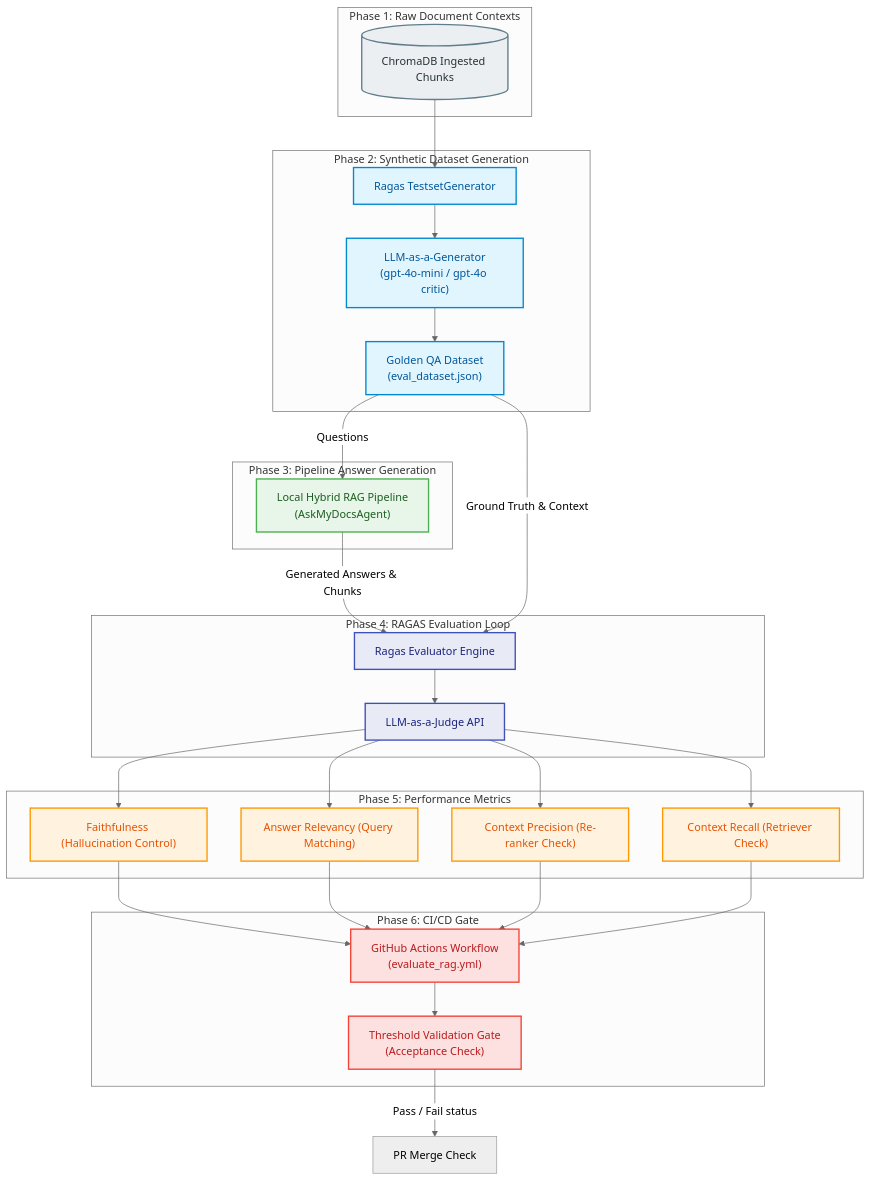
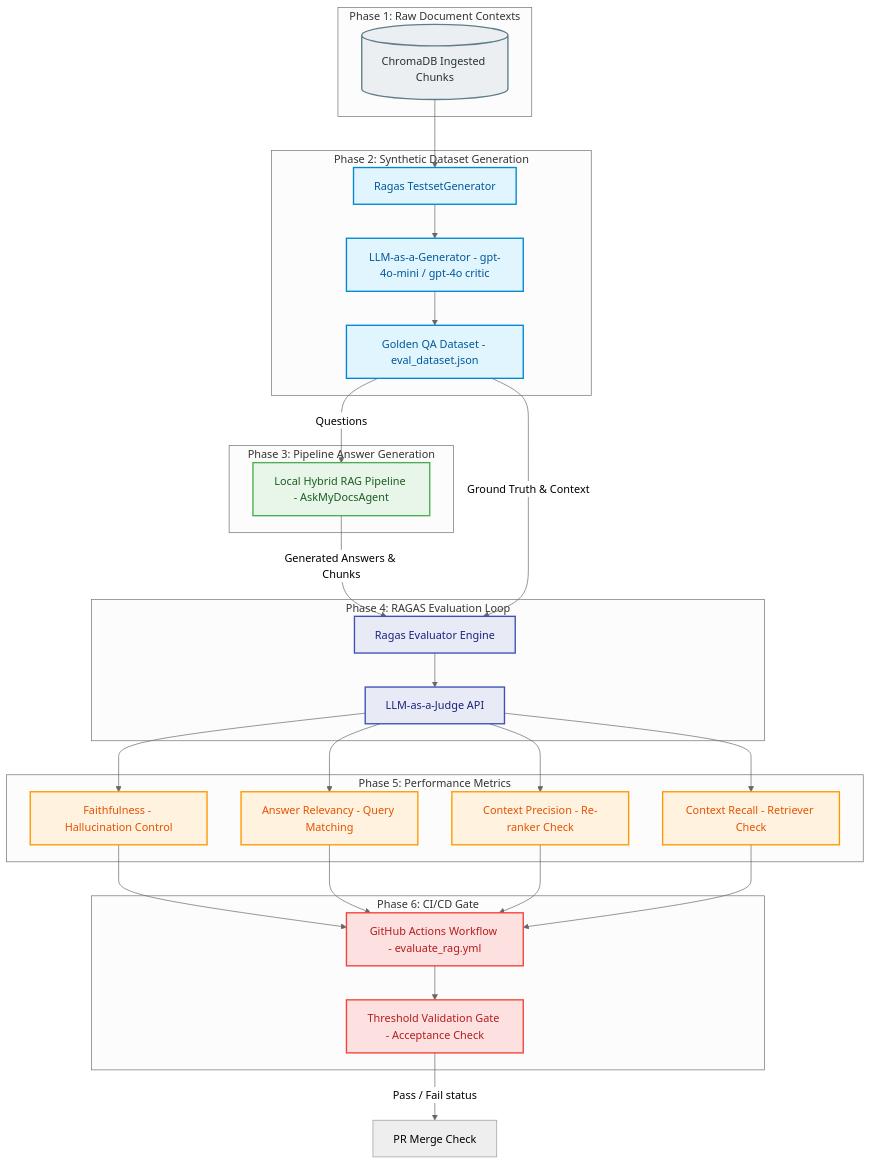
Before and after one commit to Haus-Nous/Enterprise_RAG_Architecture: the second of 2 diagrams in README.md, drawn with Mermaid (neutral theme). The commit also changed other lines of this file, not shown here.

Commit message:
fix(docs): resolve Mermaid parsing error on GitHub by removing parentheses in labels

````diff
--- a/README.md
+++ b/README.md
@@ -183,64 +183,64 @@
 ```mermaid
 graph TD
     %% Styling Definitions
     classDef docs fill:#ECEFF1,stroke:#607D8B,stroke-width:2px,color:#263238;
     classDef synth fill:#E1F5FE,stroke:#0288D1,stroke-width:2px,color:#01579B;
     classDef eval fill:#E8EAF6,stroke:#3F51B5,stroke-width:2px,color:#1A237E;
     classDef metrics fill:#FFF3E0,stroke:#FF9800,stroke-width:2px,color:#E65100;
     classDef ci fill:#FDE0E0,stroke:#F44336,stroke-width:2px,color:#B71C1C;
     classDef pipeline fill:#E8F5E9,stroke:#4CAF50,stroke-width:2px,color:#1B5E20;
 
     subgraph "Phase 1: Raw Document Contexts"
         VDB[("ChromaDB Ingested Chunks")]:::docs
     end
 
     subgraph "Phase 2: Synthetic Dataset Generation"
         RagasGen["Ragas TestsetGenerator"]:::synth
-        LLMGen["LLM-as-a-Generator<br>(gpt-4o-mini / gpt-4o critic)"]:::synth
-        GoldenSet["Golden QA Dataset<br>(eval_dataset.json)"]:::synth
+        LLMGen["LLM-as-a-Generator - gpt-4o-mini / gpt-4o critic"]:::synth
+        GoldenSet["Golden QA Dataset - eval_dataset.json"]:::synth
     end
 
     subgraph "Phase 3: Pipeline Answer Generation"
-        RAGEngine["Local Hybrid RAG Pipeline<br>(AskMyDocsAgent)"]:::pipeline
+        RAGEngine["Local Hybrid RAG Pipeline - AskMyDocsAgent"]:::pipeline
     end
 
     subgraph "Phase 4: RAGAS Evaluation Loop"
         RagasEval["Ragas Evaluator Engine"]:::eval
         LLMJudge["LLM-as-a-Judge API"]:::eval
     end
 
     subgraph "Phase 5: Performance Metrics"
-        Faithfulness["Faithfulness (Hallucination Control)"]:::metrics
-        Relevancy["Answer Relevancy (Query Matching)"]:::metrics
-        Precision["Context Precision (Re-ranker Check)"]:::metrics
-        Recall["Context Recall (Retriever Check)"]:::metrics
+        Faithfulness["Faithfulness - Hallucination Control"]:::metrics
+        Relevancy["Answer Relevancy - Query Matching"]:::metrics
+        Precision["Context Precision - Re-ranker Check"]:::metrics
+        Recall["Context Recall - Retriever Check"]:::metrics
     end
 
     subgraph "Phase 6: CI/CD Gate"
-        GHAction["GitHub Actions Workflow<br>(evaluate_rag.yml)"]:::ci
-        Threshold["Threshold Validation Gate<br>(Acceptance Check)"]:::ci
+        GHAction["GitHub Actions Workflow - evaluate_rag.yml"]:::ci
+        Threshold["Threshold Validation Gate - Acceptance Check"]:::ci
     end
 
     %% Flow Connections
     VDB --> RagasGen
     RagasGen --> LLMGen
     LLMGen --> GoldenSet
 
     GoldenSet -->|Questions| RAGEngine
     RAGEngine -->|Generated Answers & Chunks| RagasEval
     GoldenSet -->|Ground Truth & Context| RagasEval
 
     RagasEval --> LLMJudge
     LLMJudge --> Faithfulness
     LLMJudge --> Relevancy
     LLMJudge --> Precision
     LLMJudge --> Recall
 
     Faithfulness --> GHAction
     Relevancy --> GHAction
     Precision --> GHAction
     Recall --> GHAction
 
     GHAction --> Threshold
     Threshold -->|Pass / Fail status| G["PR Merge Check"]
 ```
````
